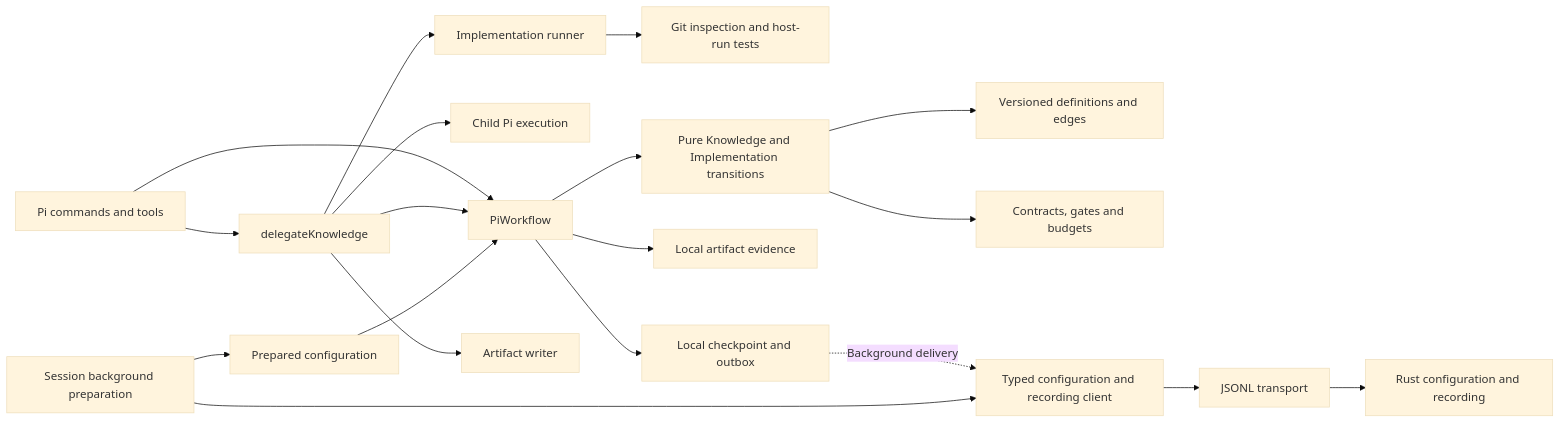
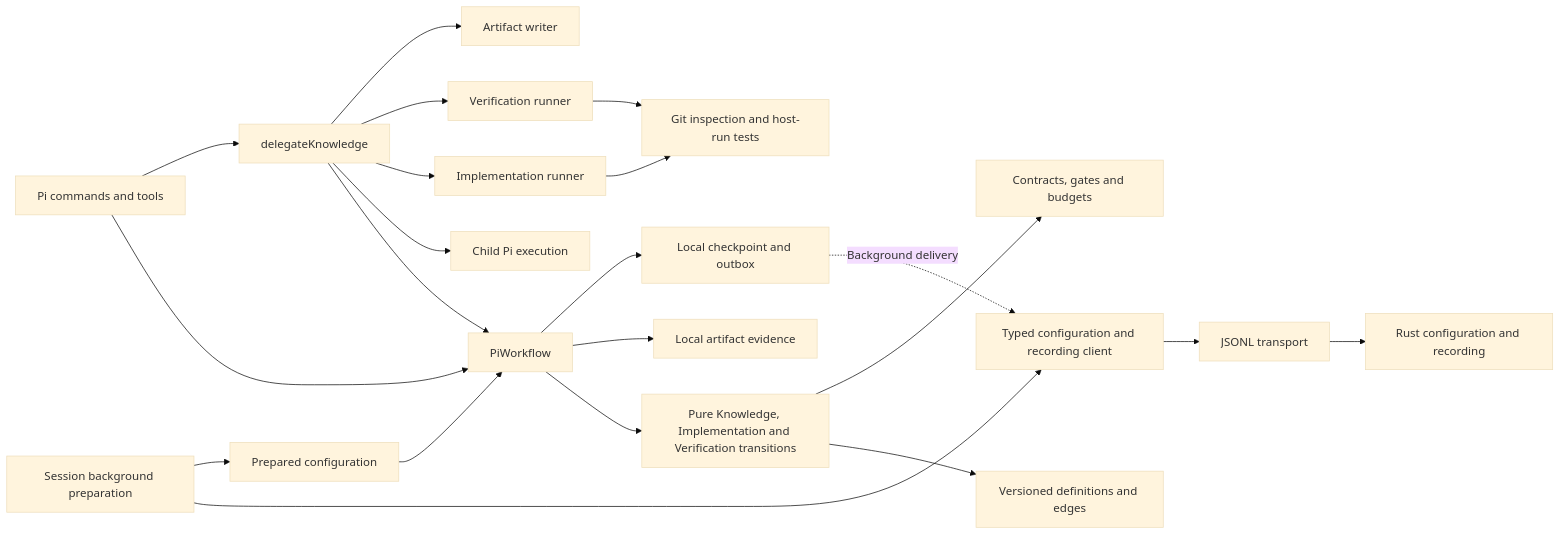
The diagram in adapters/pi/docs/architecture.md (xpersh/xper), drawn with Mermaid (base theme) before and after one commit. The commit also changed other lines of this file and 29 other files, not shown here.

````diff
--- a/adapters/pi/docs/architecture.md
+++ b/adapters/pi/docs/architecture.md
@@ -16,21 +16,23 @@
 ```mermaid
 flowchart LR
     Commands[Pi commands and tools] --> Workflow[PiWorkflow]
     Commands --> Action[delegateKnowledge]
     Action --> Workflow
     Action --> Executor[Child Pi execution]
     Action --> Implementation[Implementation runner]
     Implementation --> Git[Git inspection and host-run tests]
+    Action --> Verification[Verification runner]
+    Verification --> Git
     Action --> Writer[Artifact writer]
-    Workflow --> Machines[Pure Knowledge and Implementation transitions]
+    Workflow --> Machines[Pure Knowledge, Implementation and Verification transitions]
     Machines --> Definition[Versioned definitions and edges]
     Machines --> Policy[Contracts, gates and budgets]
     Workflow --> Evidence[Local artifact evidence]
     Workflow --> Journal[Local checkpoint and outbox]
     Journal -. Background delivery .-> Client[Typed configuration and recording client]
     Session[Session background preparation] --> Client
     Session --> Prepared[Prepared configuration]
     Prepared --> Workflow
     Client --> Bridge[JSONL transport]
     Bridge --> Core[Rust configuration and recording]
 ```
````
